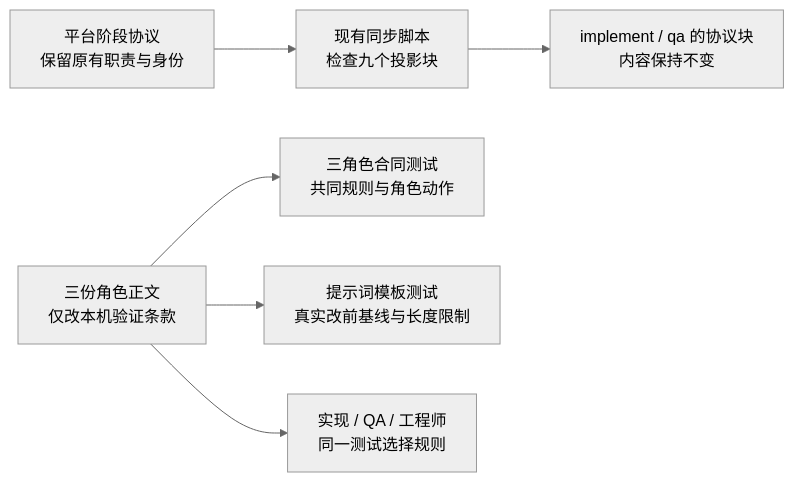
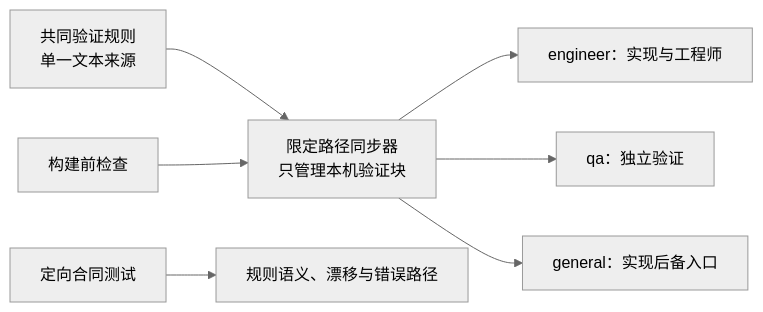
The diagram in engineering/doc/FLY-2753-targeted-local-tests/structure.mmd (xrliAnnie/flywheel-qa-sandbox), drawn with Mermaid (neutral theme) before and after one commit. The commit also changed 5 other files, not shown here.

```diff
--- a/engineering/doc/FLY-2753-targeted-local-tests/structure.mmd
+++ b/engineering/doc/FLY-2753-targeted-local-tests/structure.mmd
@@ -1,6 +1,7 @@
 flowchart LR
-    A["平台阶段协议<br/>保留原有职责与身份"] --> B["现有同步脚本<br/>检查九个投影块"]
-    B --> C["implement / qa 的协议块<br/>内容保持不变"]
-    D["三份角色正文<br/>仅改本机验证条款"] --> E["三角色合同测试<br/>共同规则与角色动作"]
-    D --> F["提示词模板测试<br/>真实改前基线与长度限制"]
-    D --> G["实现 / QA / 工程师<br/>同一测试选择规则"]
+    A["共同验证规则<br/>单一文本来源"] --> B["限定路径同步器<br/>只管理本机验证块"]
+    B --> C["engineer：实现与工程师"]
+    B --> D["qa：独立验证"]
+    B --> E["general：实现后备入口"]
+    F["构建前检查"] --> B
+    G["定向合同测试"] --> H["规则语义、漂移与错误路径"]
```
